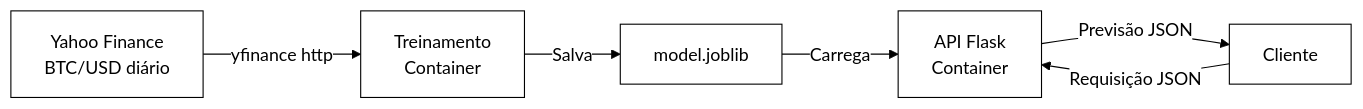
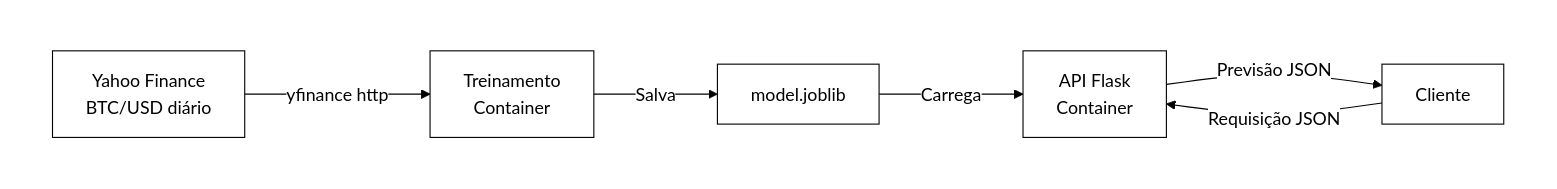
One commit to enzopiolcerutti/atividade-mlu-docker changed the first of 2 diagrams in README.md. Above: the diagram before and after it, drawn with Mermaid. The commit also changed other lines of this file, not shown here.

Commit message:
docs: corrige diagrama

````diff
--- a/README.md
+++ b/README.md
@@ -19,9 +19,13 @@
 ```mermaid
 %%{init: {"theme": "base", "themeVariables": {"primaryColor": "#ffffff", "primaryTextColor": "#000000", "primaryBorderColor": "#000000", "lineColor": "#000000", "edgeLabelBackground": "#ffffff"}}}%%
 flowchart LR
-    D["Yahoo Finance<br/>BTC/USD diário"] -->|yfinance http| T["Treinamento<br/>Container"]
-    T -->|Salva| M["model.joblib"]
-    M -->|Carrega| A["API Flask<br/>Container"]
-    C["Cliente"] -->|Requisição JSON| A
-    A -->|Previsão JSON| C
+    subgraph FUNDO[" "]
+        direction LR
+        D["Yahoo Finance<br/>BTC/USD diário"] -->|yfinance http| T["Treinamento<br/>Container"]
+        T -->|Salva| M["model.joblib"]
+        M -->|Carrega| A["API Flask<br/>Container"]
+        C["Cliente"] -->|Requisição JSON| A
+        A -->|Previsão JSON| C
+    end
+    style FUNDO fill:#ffffff,stroke:#ffffff
 ```
````
